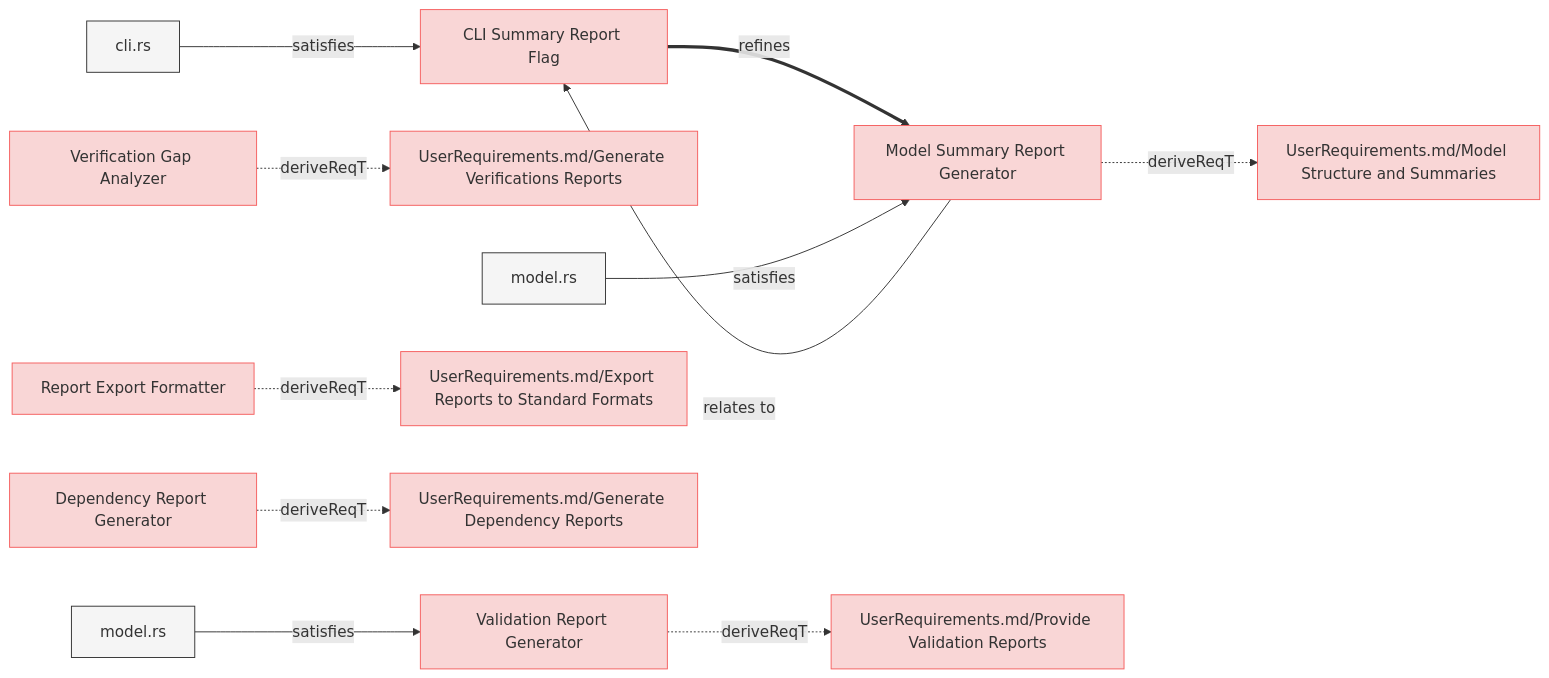
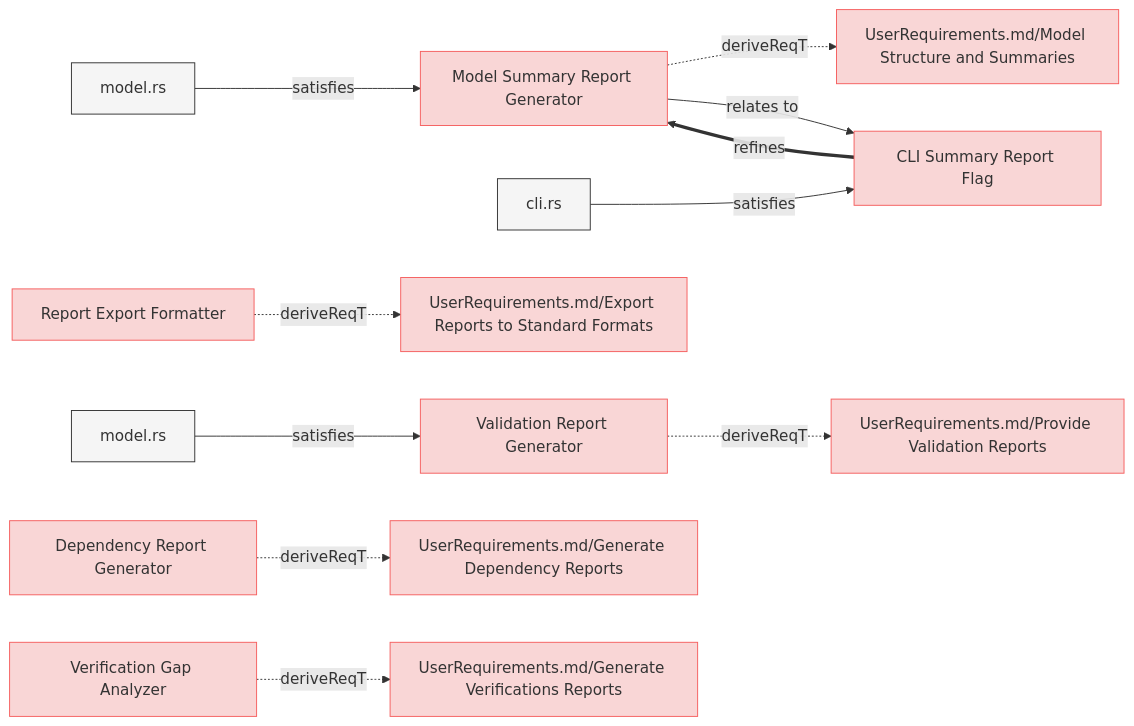
The eighth of 8 diagrams in specifications/SystemRequirements/Requirements.md (reqvire-org/reqvire), drawn with Mermaid before and after one commit. The commit also changed other lines of this file and 16 other files, not shown here.

````diff
--- a/specifications/SystemRequirements/Requirements.md
+++ b/specifications/SystemRequirements/Requirements.md
@@ -1007,61 +1007,61 @@
 ```mermaid
 graph LR;
   %% Graph styling
   classDef requirement fill:#f9d6d6,stroke:#f55f5f,stroke-width:1px;
   classDef verification fill:#d6f9d6,stroke:#5fd75f,stroke-width:1px;
   classDef externalLink fill:#d0e0ff,stroke:#3080ff,stroke-width:1px;
   classDef default fill:#f5f5f5,stroke:#333333,stroke-width:1px;
 
+  cccd4e46e2["Model Summary Report Generator"];
+  click cccd4e46e2 "Requirements.md#model-summary-report-generator";
+  class cccd4e46e2 requirement;
+  b342220e0d["UserRequirements.md/Model Structure and Summaries"];
+  class b342220e0d requirement;
+  click b342220e0d "../UserRequirements.md#model-structure-and-summaries";
+  cccd4e46e2 -.->|deriveReqT| b342220e0d;
+  6292255058["model.rs"];
+  class 6292255058 default;
+  click 6292255058 "../../core/src/reports.rs";
+  6292255058 -->|satisfies| cccd4e46e2;
   6f86272134["CLI Summary Report Flag"];
+  class 6f86272134 requirement;
   click 6f86272134 "Requirements.md#cli-summary-report-flag";
-  class 6f86272134 requirement;
-  cccd4e46e2["Model Summary Report Generator"];
-  class cccd4e46e2 requirement;
-  click cccd4e46e2 "Requirements.md#model-summary-report-generator";
+  cccd4e46e2 -->|relates to| 6f86272134;
   6f86272134 ==>|refines| cccd4e46e2;
   11ffc4632a["cli.rs"];
   class 11ffc4632a default;
   click 11ffc4632a "../../cli/src/cli.rs";
   11ffc4632a -->|satisfies| 6f86272134;
-  d842bc0e30["Verification Gap Analyzer"];
-  click d842bc0e30 "Requirements.md#verification-gap-analyzer";
-  class d842bc0e30 requirement;
-  d0e9e8d143["UserRequirements.md/Generate Verifications Reports"];
-  class d0e9e8d143 requirement;
-  click d0e9e8d143 "../UserRequirements.md#generate-verifications-reports";
-  d842bc0e30 -.->|deriveReqT| d0e9e8d143;
+  2ccb7e5510["Report Export Formatter"];
+  click 2ccb7e5510 "Requirements.md#report-export-formatter";
+  class 2ccb7e5510 requirement;
+  2afa7f3a20["UserRequirements.md/Export Reports to Standard Formats"];
+  class 2afa7f3a20 requirement;
+  click 2afa7f3a20 "../UserRequirements.md#export-reports-to-standard-formats";
+  2ccb7e5510 -.->|deriveReqT| 2afa7f3a20;
   143766be8c["Validation Report Generator"];
   click 143766be8c "Requirements.md#validation-report-generator";
   class 143766be8c requirement;
   482c757913["UserRequirements.md/Provide Validation Reports"];
   class 482c757913 requirement;
   click 482c757913 "../UserRequirements.md#provide-validation-reports";
   143766be8c -.->|deriveReqT| 482c757913;
   6136c216c9["model.rs"];
   class 6136c216c9 default;
   click 6136c216c9 "../../core/src/model.rs";
   6136c216c9 -->|satisfies| 143766be8c;
-  2ccb7e5510["Report Export Formatter"];
-  click 2ccb7e5510 "Requirements.md#report-export-formatter";
-  class 2ccb7e5510 requirement;
-  2afa7f3a20["UserRequirements.md/Export Reports to Standard Formats"];
-  class 2afa7f3a20 requirement;
-  click 2afa7f3a20 "../UserRequirements.md#export-reports-to-standard-formats";
-  2ccb7e5510 -.->|deriveReqT| 2afa7f3a20;
   57cbef16c5["Dependency Report Generator"];
   click 57cbef16c5 "Requirements.md#dependency-report-generator";
   class 57cbef16c5 requirement;
   812d42f453["UserRequirements.md/Generate Dependency Reports"];
   class 812d42f453 requirement;
   click 812d42f453 "../UserRequirements.md#generate-dependency-reports";
   57cbef16c5 -.->|deriveReqT| 812d42f453;
-  b342220e0d["UserRequirements.md/Model Structure and Summaries"];
-  class b342220e0d requirement;
-  click b342220e0d "../UserRequirements.md#model-structure-and-summaries";
-  cccd4e46e2 -.->|deriveReqT| b342220e0d;
-  6292255058["model.rs"];
-  class 6292255058 default;
-  click 6292255058 "../../core/src/reports.rs";
-  6292255058 -->|satisfies| cccd4e46e2;
-  cccd4e46e2 -->|relates to| 6f86272134;
+  d842bc0e30["Verification Gap Analyzer"];
+  click d842bc0e30 "Requirements.md#verification-gap-analyzer";
+  class d842bc0e30 requirement;
+  d0e9e8d143["UserRequirements.md/Generate Verifications Reports"];
+  class d0e9e8d143 requirement;
+  click d0e9e8d143 "../UserRequirements.md#generate-verifications-reports";
+  d842bc0e30 -.->|deriveReqT| d0e9e8d143;
 ```
````
